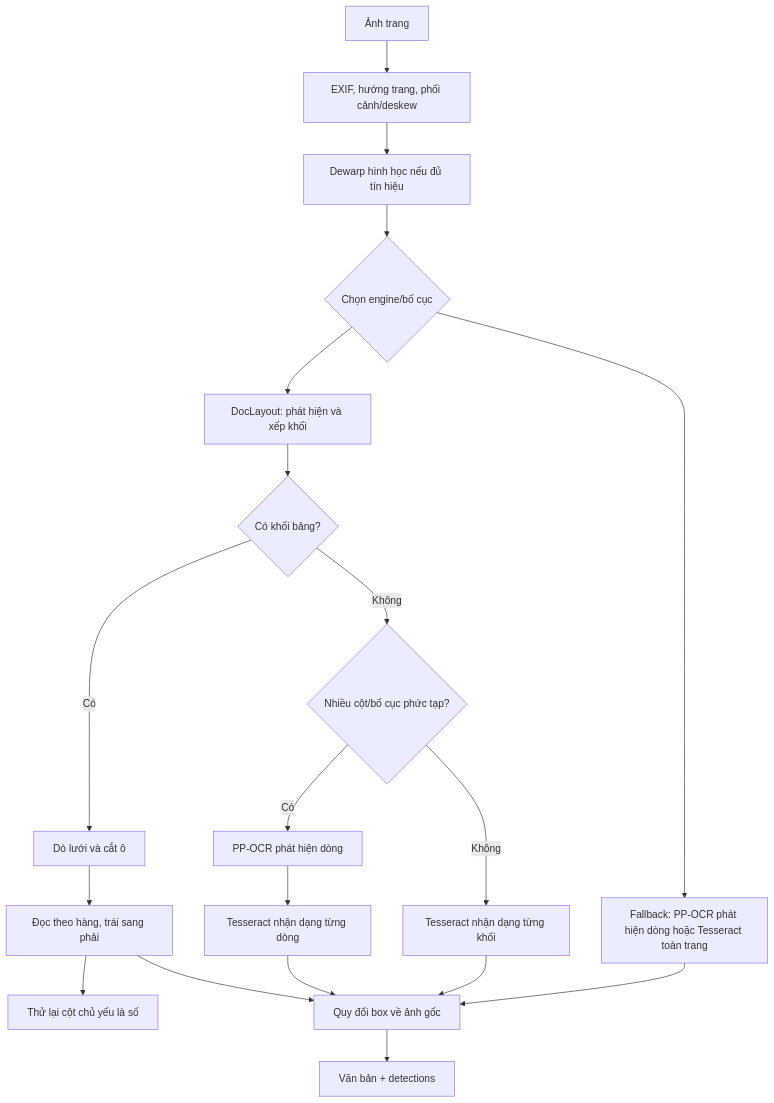
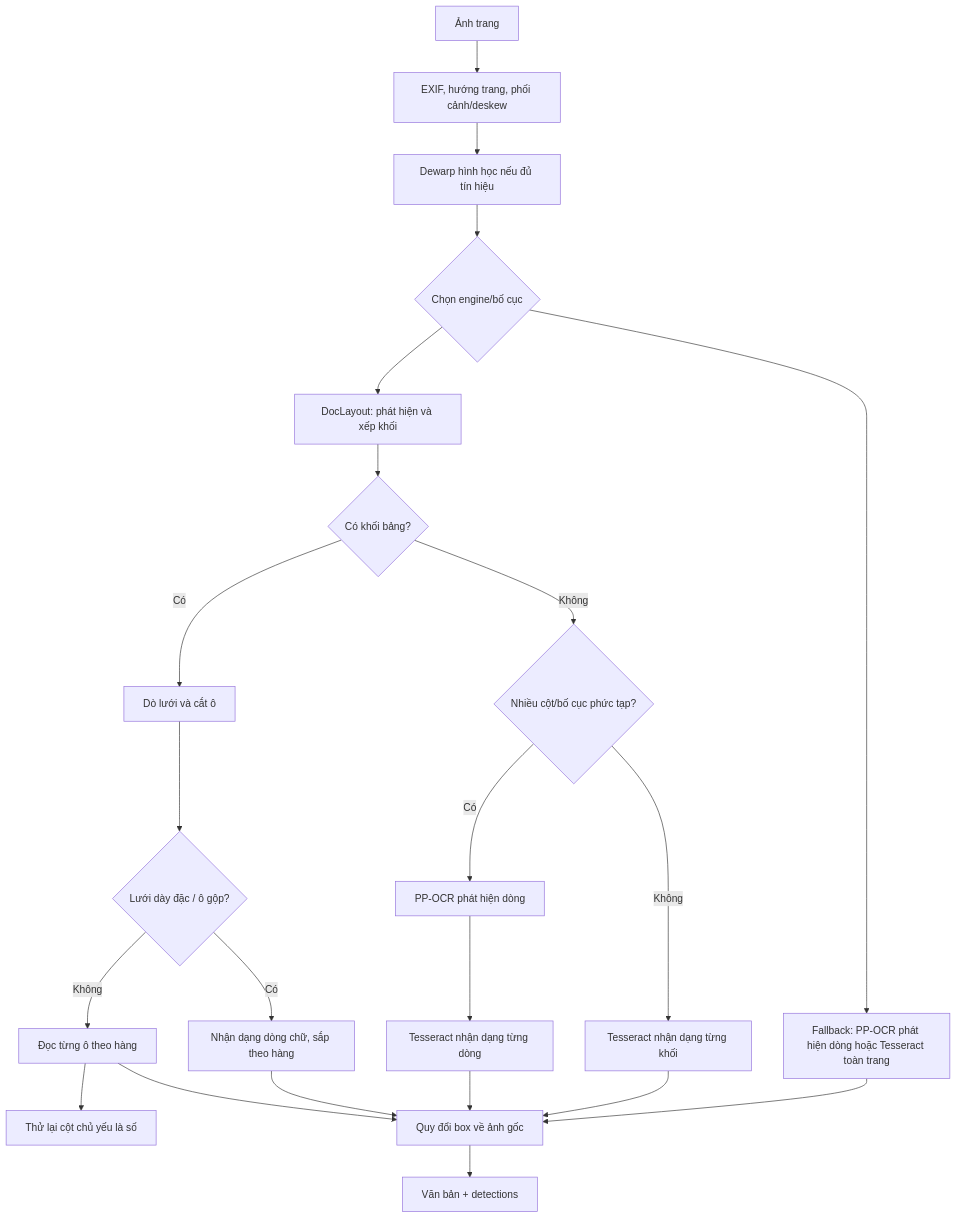
Before and after one commit to danhbh03/OCR: the second of 2 diagrams in ARCHITECTURE.md, drawn with Mermaid. The commit also changed other lines of this file and 4 other files, not shown here.

````diff
--- a/ARCHITECTURE.md
+++ b/ARCHITECTURE.md
@@ -81,21 +81,24 @@
 ```mermaid
 flowchart TD
     Input[Ảnh trang] --> Normalize[EXIF, hướng trang, phối cảnh/deskew]
     Normalize --> Dewarp[Dewarp hình học nếu đủ tín hiệu]
     Dewarp --> Route{Chọn engine/bố cục}
     Route --> Layout[DocLayout: phát hiện và xếp khối]
     Layout --> Table{Có khối bảng?}
     Table -->|Có| Grid[Dò lưới và cắt ô]
-    Grid --> Rows[Đọc theo hàng, trái sang phải]
+    Grid --> Dense{Lưới dày đặc / ô gộp?}
+    Dense -->|Có| LineOrder[Nhận dạng dòng chữ, sắp theo hàng]
+    Dense -->|Không| Rows[Đọc từng ô theo hàng]
     Rows --> Num[Thử lại cột chủ yếu là số]
     Table -->|Không| Multi{Nhiều cột/bố cục phức tạp?}
     Multi -->|Có| Detect[PP-OCR phát hiện dòng]
     Detect --> RecLine[Tesseract nhận dạng từng dòng]
     Multi -->|Không| RecBlock[Tesseract nhận dạng từng khối]
     Route --> Fallback[Fallback: PP-OCR phát hiện dòng hoặc Tesseract toàn trang]
     Rows --> Map[Quy đổi box về ảnh gốc]
+    LineOrder --> Map
     RecLine --> Map
     RecBlock --> Map
     Fallback --> Map
     Map --> Result[Văn bản + detections]
 ```
````
